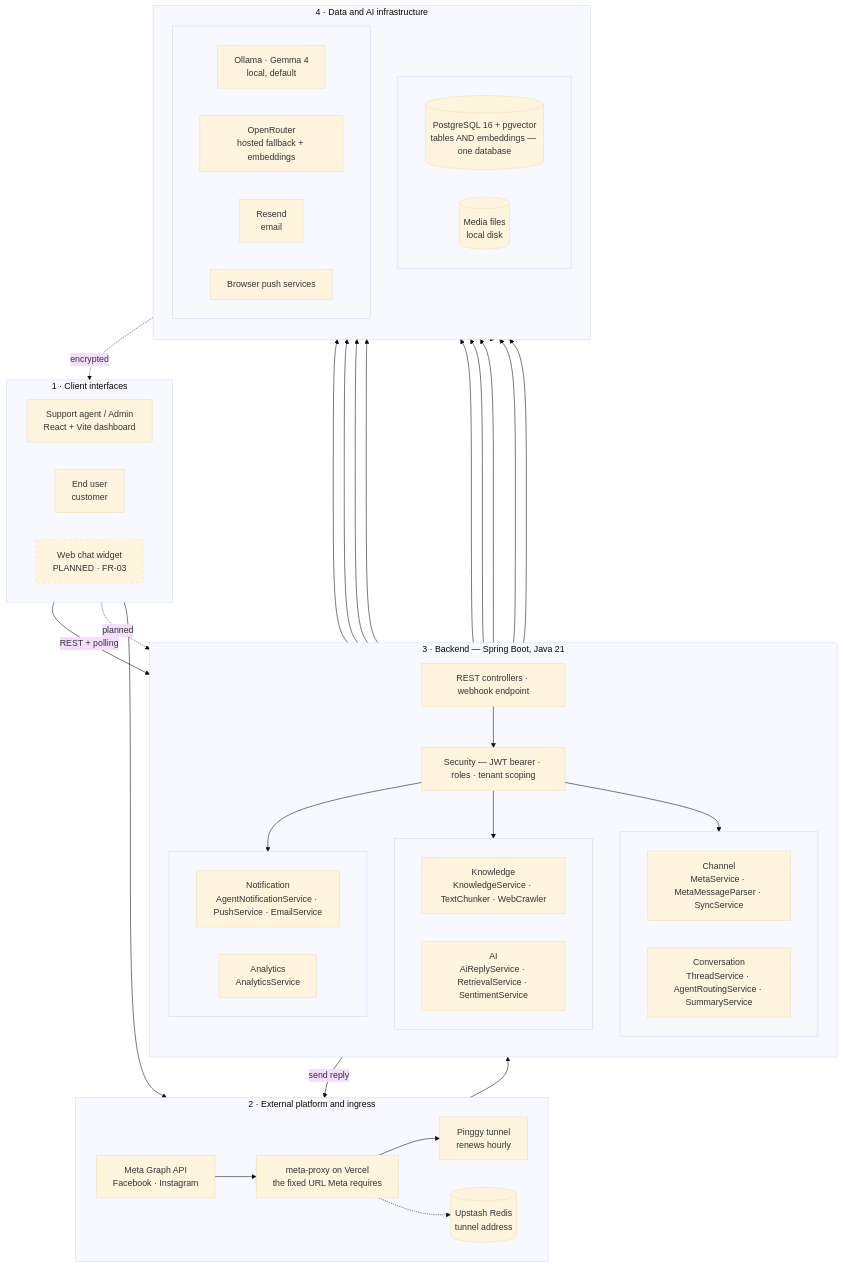
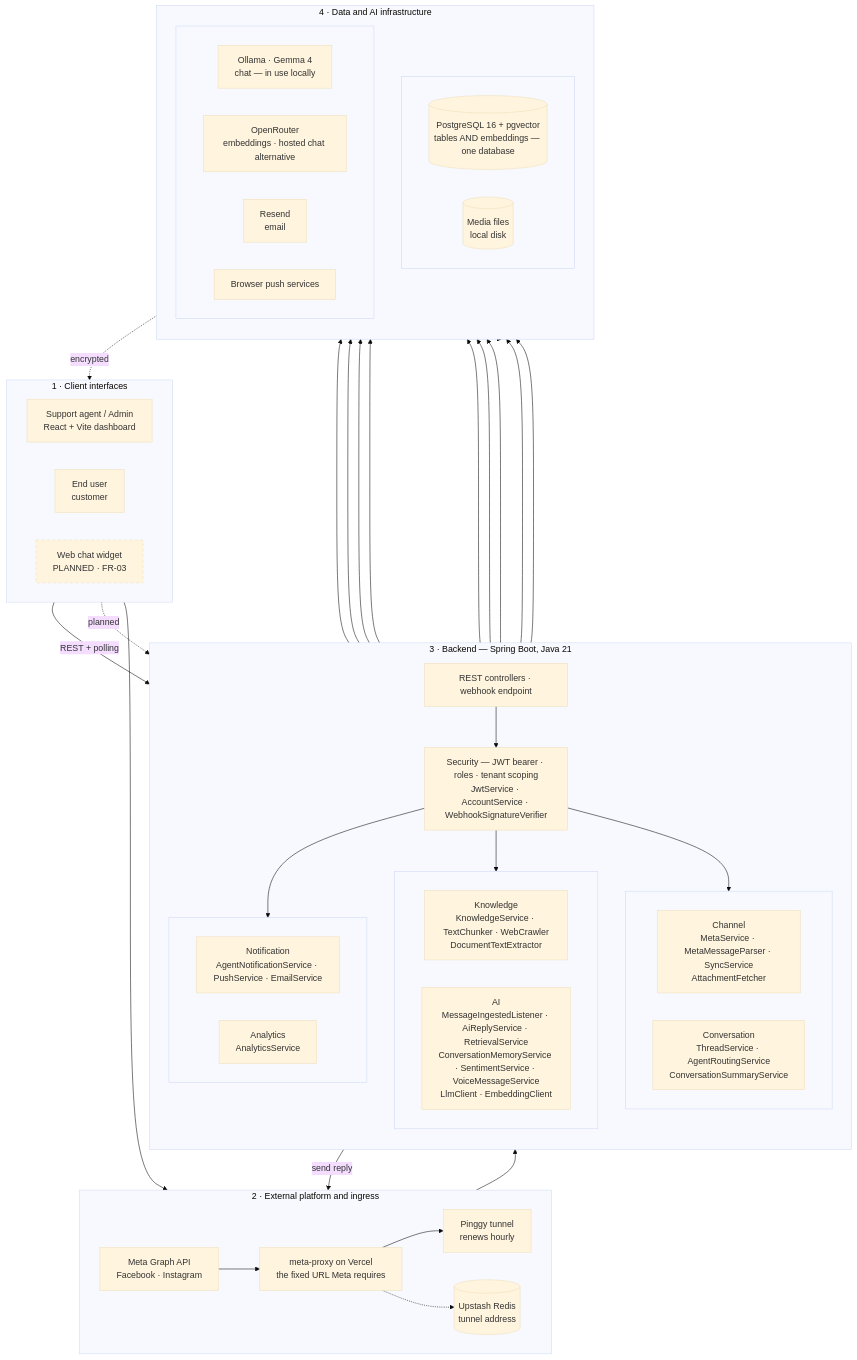
The diagram in docs/system-design/new-system-design/system-architecture/README.md (SayubShakya/eksamadhan-ai), drawn with Mermaid (base theme) before and after one commit. The commit also changed other lines of this file and 65 other files, not shown here.

Commit message:
updated draw.io diagram

````diff
--- a/docs/system-design/new-system-design/system-architecture/README.md
+++ b/docs/system-design/new-system-design/system-architecture/README.md
@@ -11,81 +11,81 @@
 ```mermaid
 flowchart TB
     subgraph clients["1 · Client interfaces"]
         direction LR
         agent["Support agent / Admin<br/>React + Vite dashboard"]
         customer["End user<br/>customer"]
         widget["Web chat widget<br/>PLANNED · FR-03"]
     end
 
     subgraph external["2 · External platform and ingress"]
         direction LR
         meta["Meta Graph API<br/>Facebook · Instagram"]
         proxy["meta-proxy on Vercel<br/>the fixed URL Meta requires"]
         tunnel["Pinggy tunnel<br/>renews hourly"]
         redis[("Upstash Redis<br/>tunnel address")]
     end
 
     subgraph backend["3 · Backend — Spring Boot, Java 21"]
         direction TB
         api["REST controllers · webhook endpoint"]
-        sec["Security — JWT bearer · roles · tenant scoping"]
+        sec["Security — JWT bearer · roles · tenant scoping<br/>JwtService · AccountService · WebhookSignatureVerifier"]
         subgraph rowA[" "]
             direction LR
-            channel["Channel<br/>MetaService · MetaMessageParser · SyncService"]
-            convo["Conversation<br/>ThreadService · AgentRoutingService · SummaryService"]
+            channel["Channel<br/>MetaService · MetaMessageParser · SyncService<br/>AttachmentFetcher"]
+            convo["Conversation<br/>ThreadService · AgentRoutingService<br/>ConversationSummaryService"]
         end
         subgraph rowB[" "]
             direction LR
-            knowledge["Knowledge<br/>KnowledgeService · TextChunker · WebCrawler"]
-            ai["AI<br/>AiReplyService · RetrievalService · SentimentService"]
+            knowledge["Knowledge<br/>KnowledgeService · TextChunker · WebCrawler<br/>DocumentTextExtractor"]
+            ai["AI<br/>MessageIngestedListener · AiReplyService · RetrievalService<br/>ConversationMemoryService · SentimentService · VoiceMessageService<br/>LlmClient · EmbeddingClient"]
         end
         subgraph rowC[" "]
             direction LR
             notify["Notification<br/>AgentNotificationService · PushService · EmailService"]
             analytics["Analytics<br/>AnalyticsService"]
         end
     end
 
     subgraph data["4 · Data and AI infrastructure"]
         direction TB
         subgraph dataA[" "]
             direction LR
             pg[("PostgreSQL 16 + pgvector<br/>tables AND embeddings — one database")]
             media[("Media files<br/>local disk")]
         end
         subgraph dataB[" "]
             direction LR
-            ollama["Ollama · Gemma 4<br/>local, default"]
-            openrouter["OpenRouter<br/>hosted fallback + embeddings"]
+            ollama["Ollama · Gemma 4<br/>chat — in use locally"]
+            openrouter["OpenRouter<br/>embeddings · hosted chat alternative"]
             resend["Resend<br/>email"]
             push["Browser push services"]
         end
     end
 
     customer --> meta
     agent -->|"REST + polling"| api
     widget -.->|"planned"| api
     meta --> proxy --> tunnel --> api
     proxy -.-> redis
 
     api --> sec
     sec --> rowA
     sec --> rowB
     sec --> rowC
 
     channel -->|"send reply"| meta
     ai --> ollama
     ai --> openrouter
     knowledge --> openrouter
     notify --> resend
     notify --> push
     push -.->|"encrypted"| agent
 
     rowA --> pg
     rowB --> pg
     rowC --> pg
     channel --> media
     knowledge --> media
 
     style widget stroke-dasharray: 5 5
 ```
````
